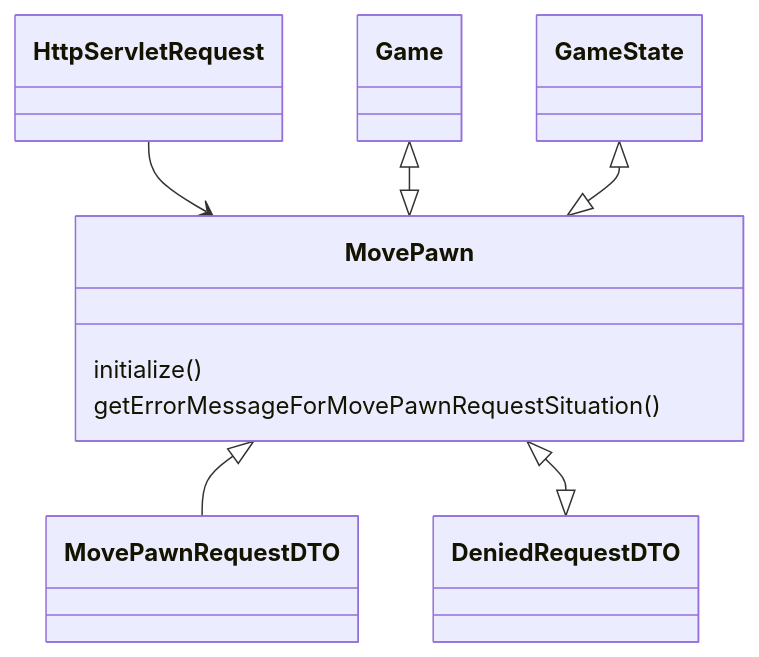
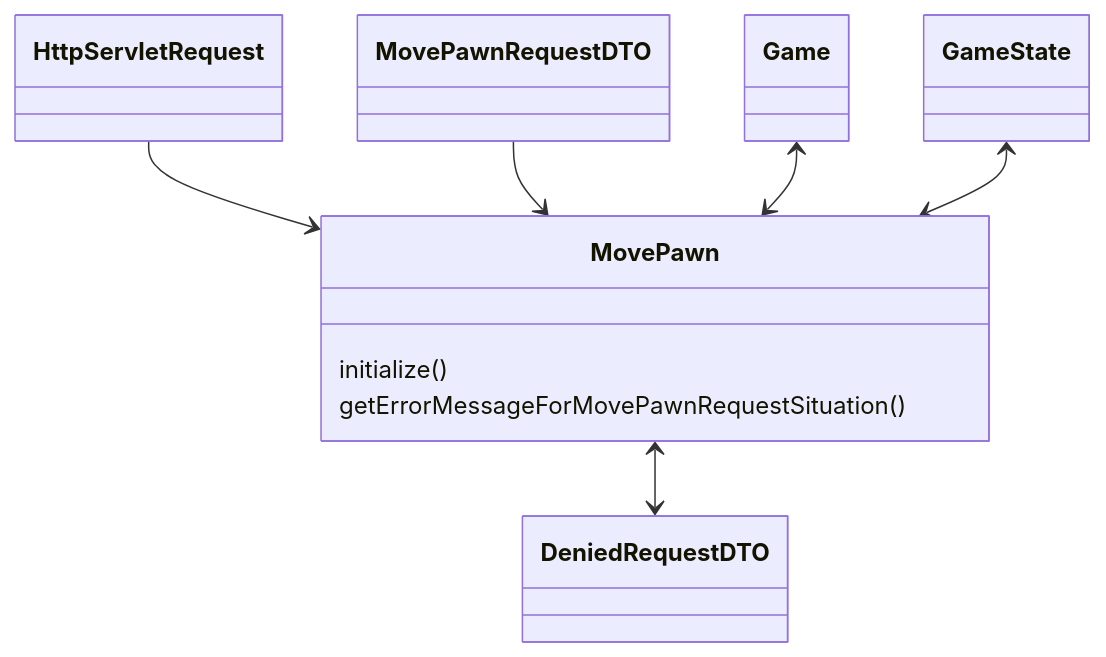
Before and after one commit to stijnlinderman/eldorado: the sixth of 8 diagrams in ARCHITECTURE.md, drawn with Mermaid.

````diff
--- a/ARCHITECTURE.md
+++ b/ARCHITECTURE.md
@@ -72,10 +72,10 @@
 ```mermaid
 classDiagram
 	HttpServletRequest --> MovePawn
-	MovePawn <|-- MovePawnRequestDTO
-	Game <|--|> MovePawn
-	GameState <|--|> MovePawn
-	MovePawn <|--|> DeniedRequestDTO
+	MovePawnRequestDTO --> MovePawn
+	Game <--> MovePawn
+	GameState <--> MovePawn
+	MovePawn <--> DeniedRequestDTO
 	MovePawn : initialize()
 	MovePawn : getErrorMessageForMovePawnRequestSituation()
 ```
````
